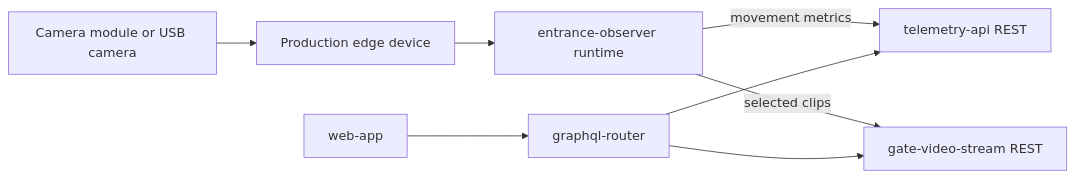
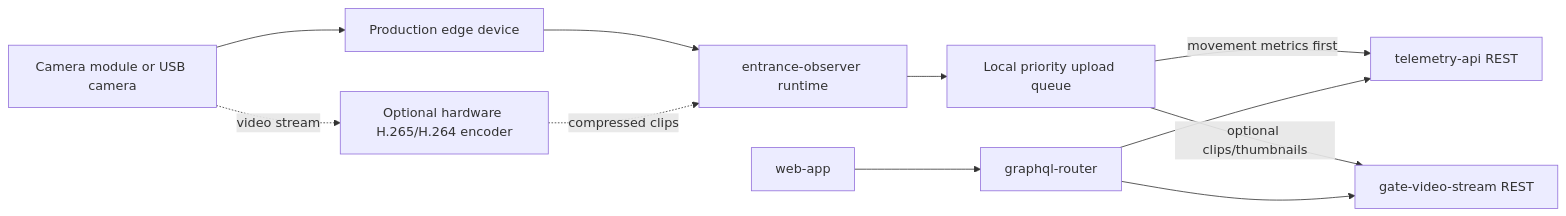
One commit to Gratheon/website2 changed the diagram in content/docs/entrance-observer/Future production hardware alternatives.md. Above: the diagram before and after it, drawn with Mermaid. The commit also changed other lines of this file, not shown here.

First line of the commit message:
Deepen Entrance Observer production hardware research

````diff
--- a/content/docs/entrance-observer/Future production hardware alternatives.md
+++ b/content/docs/entrance-observer/Future production hardware alternatives.md
@@ -53,17 +216,21 @@
 ```mermaid
 flowchart LR
   camera[Camera module or USB camera]
+  encoder[Optional hardware H.265/H.264 encoder]
   edge[Production edge device]
   app[entrance-observer runtime]
+  queue[Local priority upload queue]
   telemetry[telemetry-api REST]
   video[gate-video-stream REST]
   graphql[graphql-router]
   web[web-app]
 
   camera --> edge --> app
-  app -->|movement metrics| telemetry
-  app -->|selected clips| video
+  camera -.video stream.-> encoder -.compressed clips.-> app
+  app --> queue
+  queue -->|movement metrics first| telemetry
+  queue -->|optional clips/thumbnails| video
   web --> graphql
   graphql --> telemetry
   graphql --> video
 ```
````
